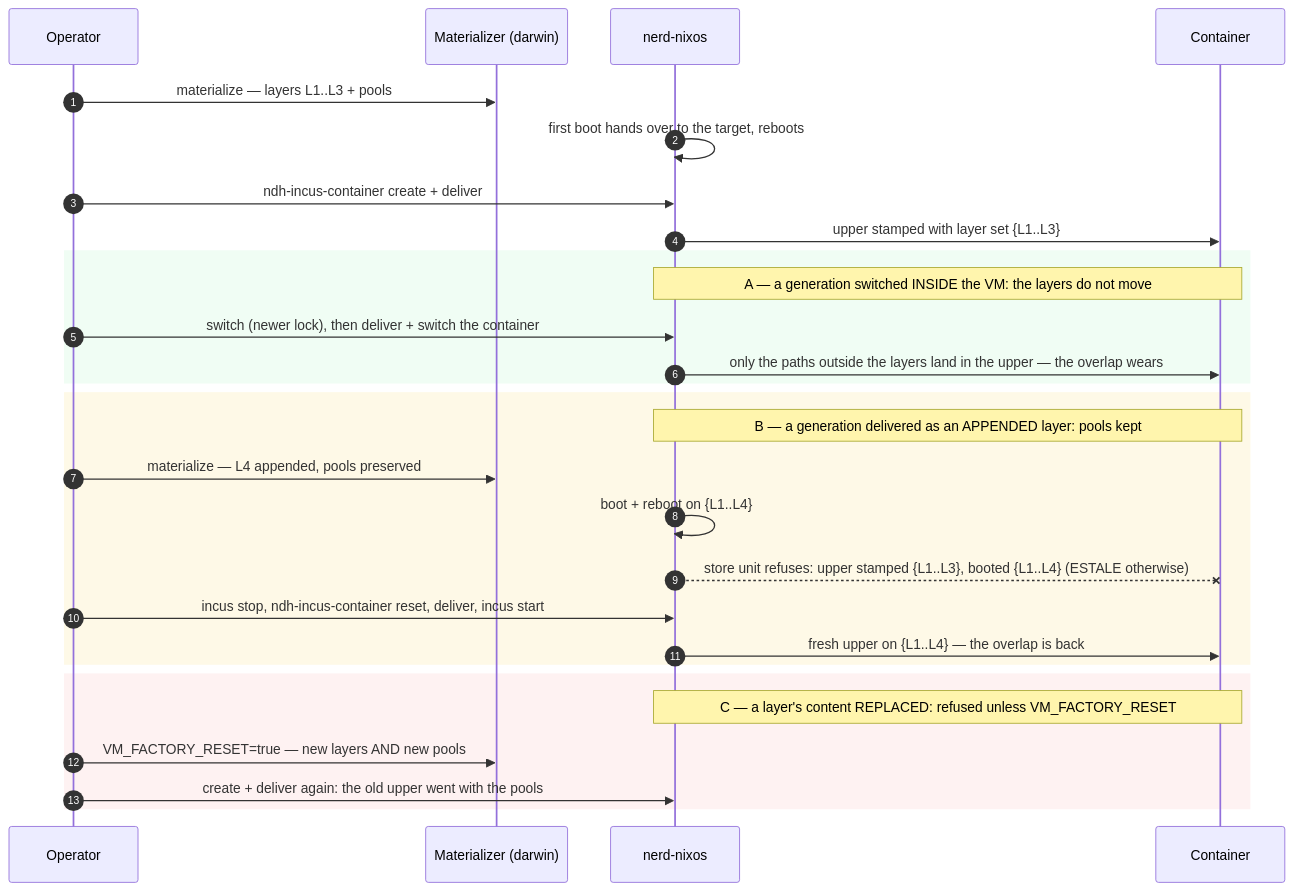
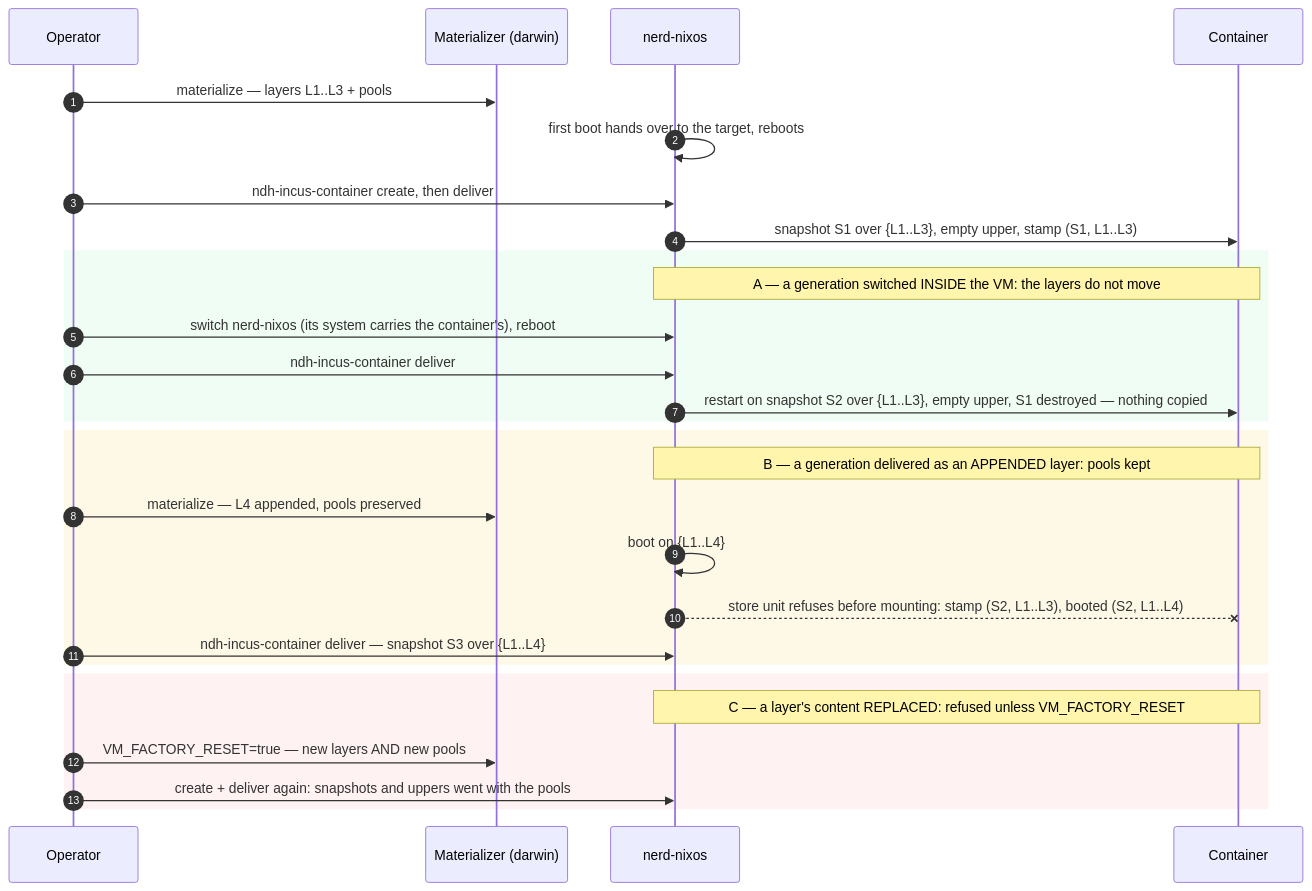
Before and after one commit to seedmatic/ndh: the eighth of 12 diagrams in docs/private-binary-cache-spec.adoc, drawn with Mermaid. The commit also changed other lines of this file, not shown here.

```diff
--- a/docs/private-binary-cache-spec.adoc
+++ b/docs/private-binary-cache-spec.adoc
@@ -1292,31 +1322,31 @@
 [mermaid]
 ....
 sequenceDiagram
   autonumber
   participant Op as Operator
   participant M as Materializer (darwin)
   participant N as nerd-nixos
   participant C as Container
   Op->>M: materialize — layers L1..L3 + pools
   N->>N: first boot hands over to the target, reboots
-  Op->>N: ndh-incus-container create + deliver
-  N->>C: upper stamped with layer set {L1..L3}
+  Op->>N: ndh-incus-container create, then deliver
+  N->>C: snapshot S1 over {L1..L3}, empty upper, stamp (S1, L1..L3)
   rect rgb(240,253,244)
     Note over N,C: A — a generation switched INSIDE the VM: the layers do not move
-    Op->>N: switch (newer lock), then deliver + switch the container
-    N->>C: only the paths outside the layers land in the upper — the overlap wears
+    Op->>N: switch nerd-nixos (its system carries the container's), reboot
+    Op->>N: ndh-incus-container deliver
+    N->>C: restart on snapshot S2 over {L1..L3}, empty upper, S1 destroyed — nothing copied
   end
   rect rgb(254,249,231)
     Note over N,C: B — a generation delivered as an APPENDED layer: pools kept
     Op->>M: materialize — L4 appended, pools preserved
-    N->>N: boot + reboot on {L1..L4}
-    N--xC: store unit refuses: upper stamped {L1..L3}, booted {L1..L4} (ESTALE otherwise)
-    Op->>N: incus stop, ndh-incus-container reset, deliver, incus start
-    N->>C: fresh upper on {L1..L4} — the overlap is back
+    N->>N: boot on {L1..L4}
+    N--xC: store unit refuses before mounting: stamp (S2, L1..L3), booted (S2, L1..L4)
+    Op->>N: ndh-incus-container deliver — snapshot S3 over {L1..L4}
   end
   rect rgb(254,242,242)
     Note over N,C: C — a layer's content REPLACED: refused unless VM_FACTORY_RESET
     Op->>M: VM_FACTORY_RESET=true — new layers AND new pools
-    Op->>N: create + deliver again: the old upper went with the pools
+    Op->>N: create + deliver again: snapshots and uppers went with the pools
   end
 ....
```
